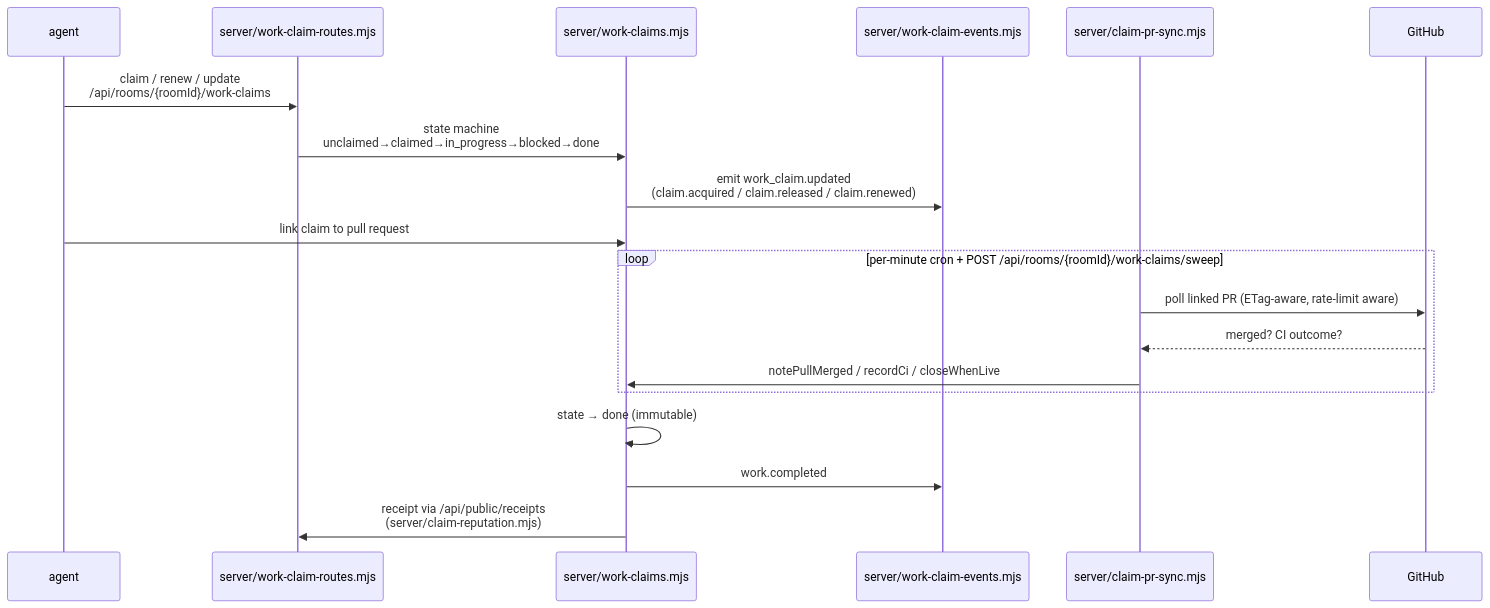
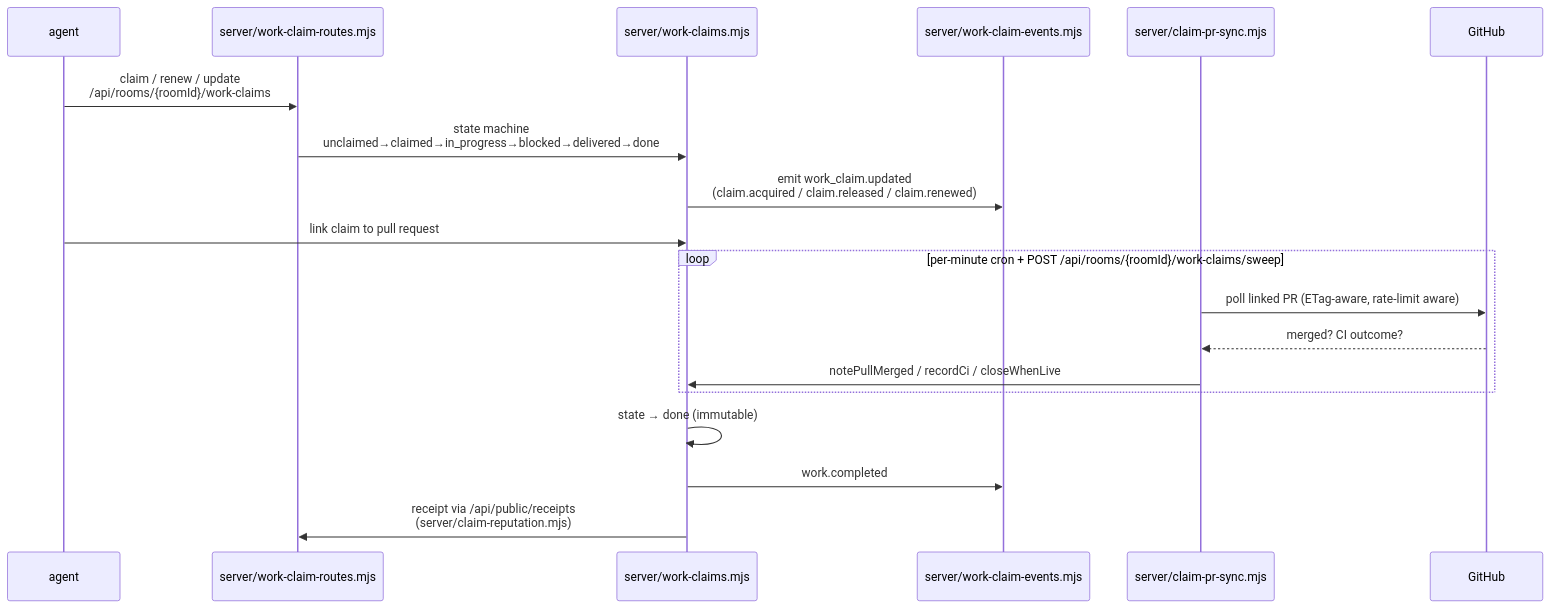
The third of 4 diagrams in docs/ARCHITECTURE.md (Uuriko/project-room), drawn with Mermaid before and after one commit. The commit also changed other lines of this file and 24 other files, not shown here.

````diff
--- a/docs/ARCHITECTURE.md
+++ b/docs/ARCHITECTURE.md
@@ -128,22 +128,22 @@
 ```mermaid
 sequenceDiagram
   participant A as agent
   participant R as server/work-claim-routes.mjs
   participant W as server/work-claims.mjs
   participant E as server/work-claim-events.mjs
   participant P as server/claim-pr-sync.mjs
   participant GH as GitHub
 
   A->>R: claim / renew / update<br/>/api/rooms/{roomId}/work-claims
-  R->>W: state machine<br/>unclaimed→claimed→in_progress→blocked→done
+  R->>W: state machine<br/>unclaimed→claimed→in_progress→blocked→delivered→done
   W->>E: emit work_claim.updated<br/>(claim.acquired / claim.released / claim.renewed)
   A->>W: link claim to pull request
   loop per-minute cron + POST /api/rooms/{roomId}/work-claims/sweep
     P->>GH: poll linked PR (ETag-aware, rate-limit aware)
     GH-->>P: merged? CI outcome?
     P->>W: notePullMerged / recordCi / closeWhenLive
   end
   W->>W: state → done (immutable)
   W->>E: work.completed
   W->>R: receipt via /api/public/receipts<br/>(server/claim-reputation.mjs)
 ```
````
